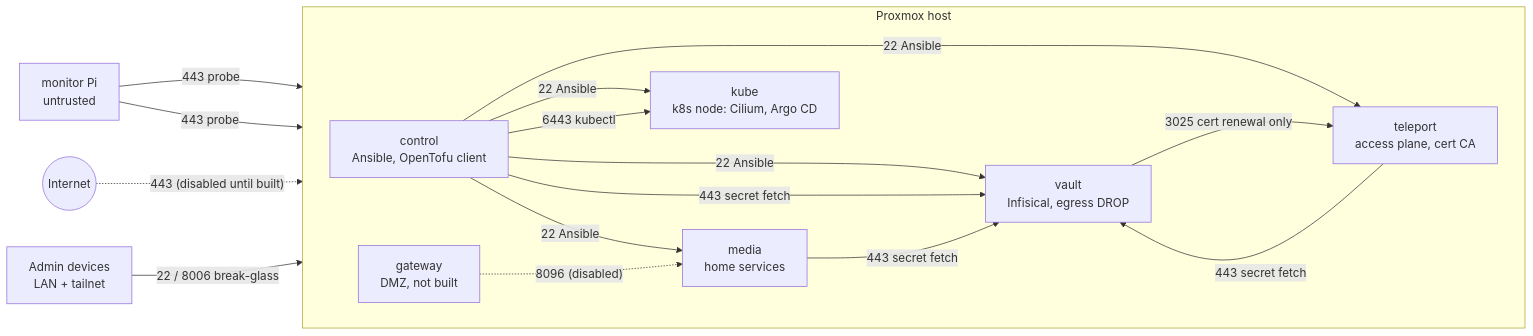
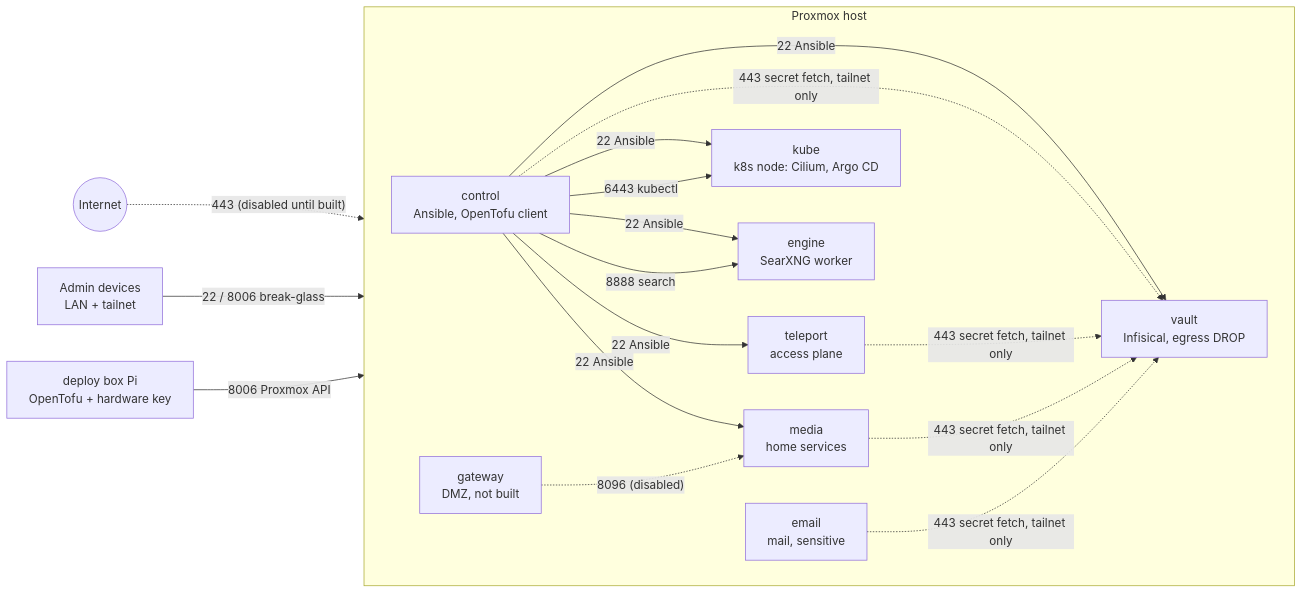
The diagram in docs/architecture.md (loafecho/homelab-as-code), drawn with Mermaid before and after one commit. The commit also changed other lines of this file and 73 other files, not shown here.

````diff
--- a/docs/architecture.md
+++ b/docs/architecture.md
@@ -15,24 +15,26 @@
 ```mermaid
 flowchart LR
   internet((Internet))
   admin[Admin devices<br/>LAN + tailnet]
   subgraph pve[Proxmox host]
     direction LR
     control[control<br/>Ansible, OpenTofu client]
     vault[vault<br/>Infisical, egress DROP]
-    teleport[teleport<br/>access plane, cert CA]
+    teleport[teleport<br/>access plane]
     media[media<br/>home services]
     kube[kube<br/>k8s node: Cilium, Argo CD]
+    engine[engine<br/>SearXNG worker]
+    email[email<br/>mail, sensitive]
     gateway[gateway<br/>DMZ, not built]
   end
-  monitor[monitor Pi<br/>untrusted]
+  deploy[deploy box Pi<br/>OpenTofu + hardware key]
 
   admin -- "22 / 8006 break-glass" --> pve
-  control -- "22 Ansible" --> vault & teleport & media & kube
+  control -- "22 Ansible" --> vault & teleport & media & kube & engine
+  control -- "8888 search" --> engine
   control -- "6443 kubectl" --> kube
-  control & teleport & media -- "443 secret fetch" --> vault
-  vault -- "3025 cert renewal only" --> teleport
-  monitor -- "443 probe" --> vault & control
+  control & teleport & media & email -. "443 secret fetch, tailnet only" .-> vault
+  deploy -- "8006 Proxmox API" --> pve
   internet -. "443 (disabled until built)" .-> gateway
   gateway -. "8096 (disabled)" .-> media
 ```
````
